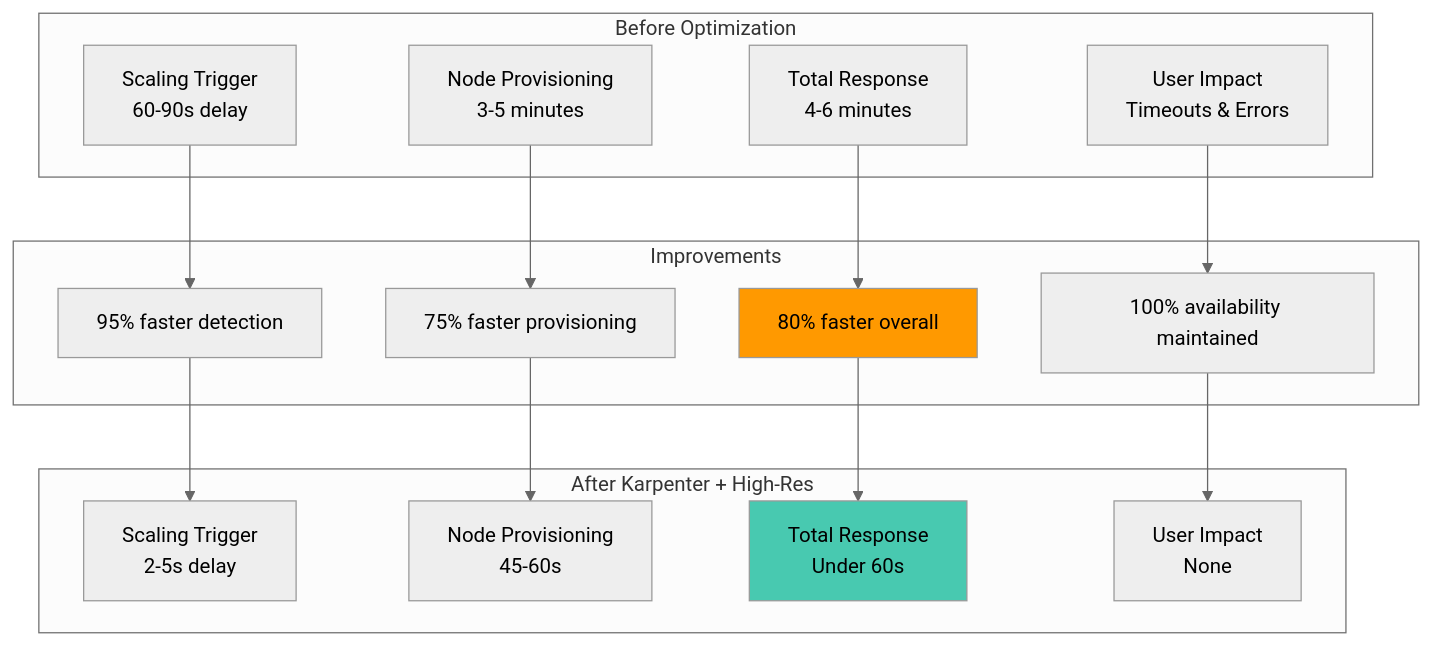
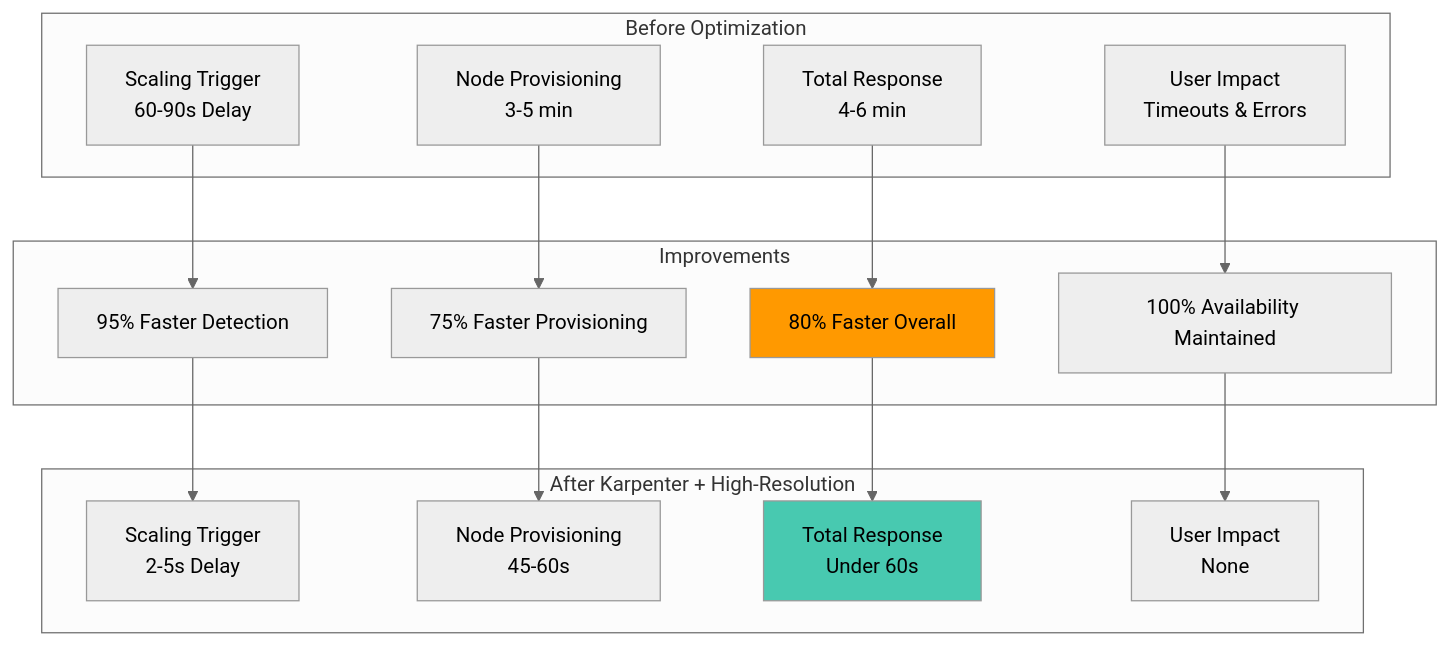
Diagram 13 of 33 in i18n/en/docusaurus-plugin-content-docs/current/infrastructure-optimization/karpenter-autoscaling.md (devfloor9/engineering-playbook), drawn with Mermaid (neutral theme) before and after one commit. The commit also changed other lines of this file and 43 other files, not shown here.

````diff
--- a/i18n/en/docusaurus-plugin-content-docs/current/infrastructure-optimization/karpenter-autoscaling.md
+++ b/i18n/en/docusaurus-plugin-content-docs/current/infrastructure-optimization/karpenter-autoscaling.md
@@ -592,37 +842,37 @@
 ```mermaid
 graph TB
     subgraph "Before Optimization"
-        B1[Scaling Trigger<br/>60-90s delay]
-        B2[Node Provisioning<br/>3-5 minutes]
-        B3[Total Response<br/>4-6 minutes]
+        B1[Scaling Trigger<br/>60-90s Delay]
+        B2[Node Provisioning<br/>3-5 min]
+        B3[Total Response<br/>4-6 min]
         B4[User Impact<br/>Timeouts & Errors]
     end
 
-    subgraph "After Karpenter + High-Res"
-        A1[Scaling Trigger<br/>2-5s delay]
+    subgraph "After Karpenter + High-Resolution"
+        A1[Scaling Trigger<br/>2-5s Delay]
         A2[Node Provisioning<br/>45-60s]
         A3[Total Response<br/>Under 60s]
         A4[User Impact<br/>None]
     end
 
     subgraph "Improvements"
-        I1[95% faster detection]
-        I2[75% faster provisioning]
-        I3[80% faster overall]
-        I4[100% availability maintained]
+        I1[95% Faster Detection]
+        I2[75% Faster Provisioning]
+        I3[80% Faster Overall]
+        I4[100% Availability Maintained]
     end
 
     B1 --> I1
     B2 --> I2
     B3 --> I3
     B4 --> I4
 
     I1 --> A1
     I2 --> A2
     I3 --> A3
     I4 --> A4
 
     style A3 fill:#48C9B0
     style I3 fill:#ff9900
 
 ```
````
